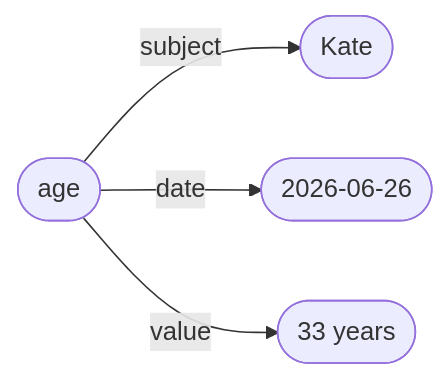
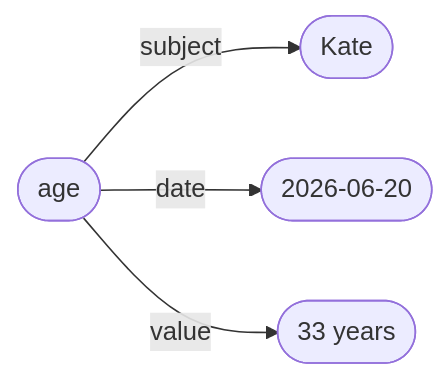
The second of 2 diagrams in d/data.md (conmaol/maglocunus), drawn with Mermaid before and after one commit. The commit also changed other lines of this file, not shown here.

Commit message:
Correct Kate's age and update flowchart date
Updated the age reference for Kate and corrected the date in the flowchart.

````diff
--- a/d/data.md
+++ b/d/data.md
@@ -26,10 +26,10 @@
 ```mermaid
 flowchart LR
     s1([age])
     p1([Kate])
     v1([33 years])
-    d1([2026-06-26])
+    d1([2026-06-20])
     s1 -- subject --> p1
     s1 -- date --> d1
     s1 -- value --> v1
 ```
````
